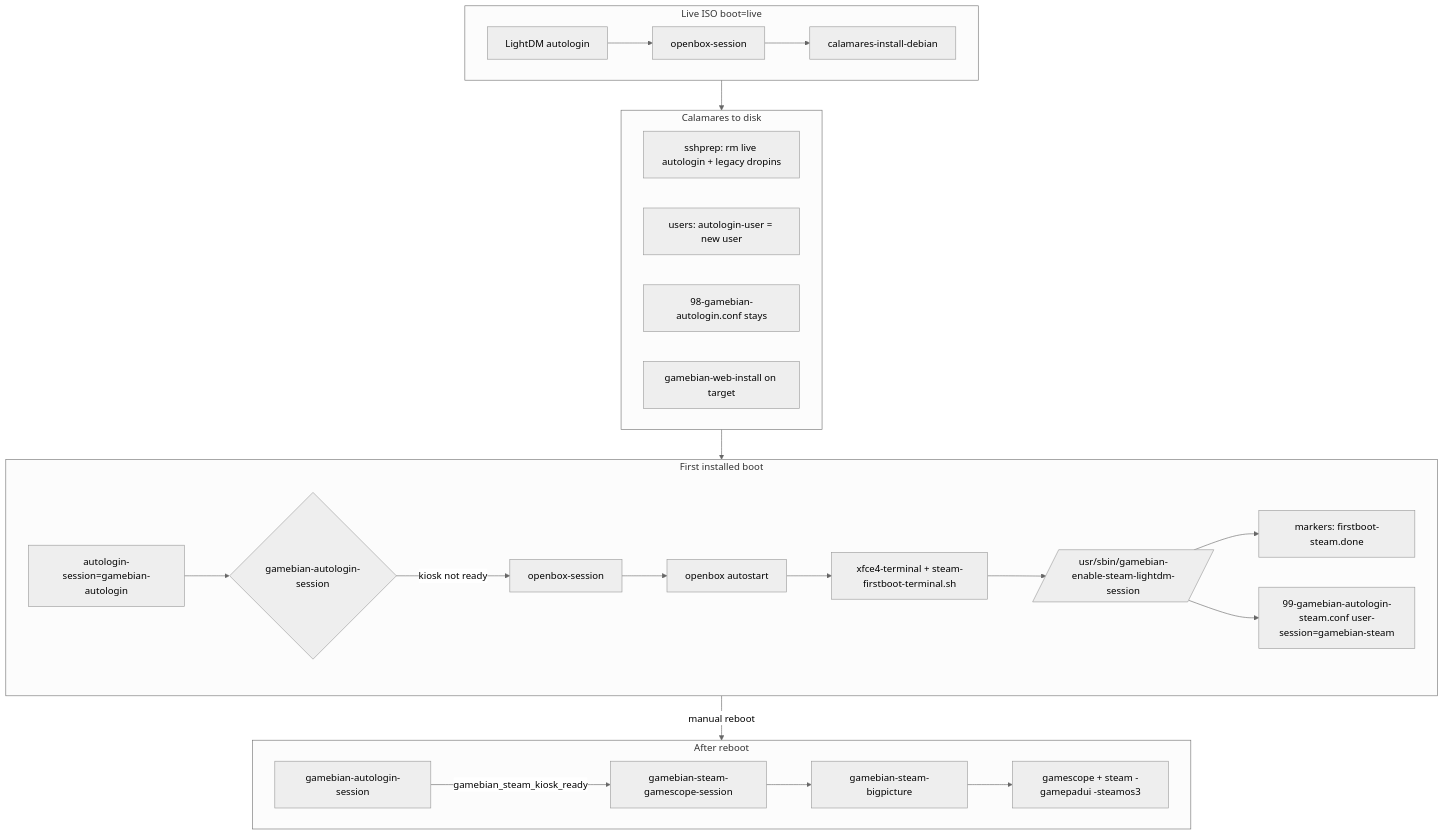
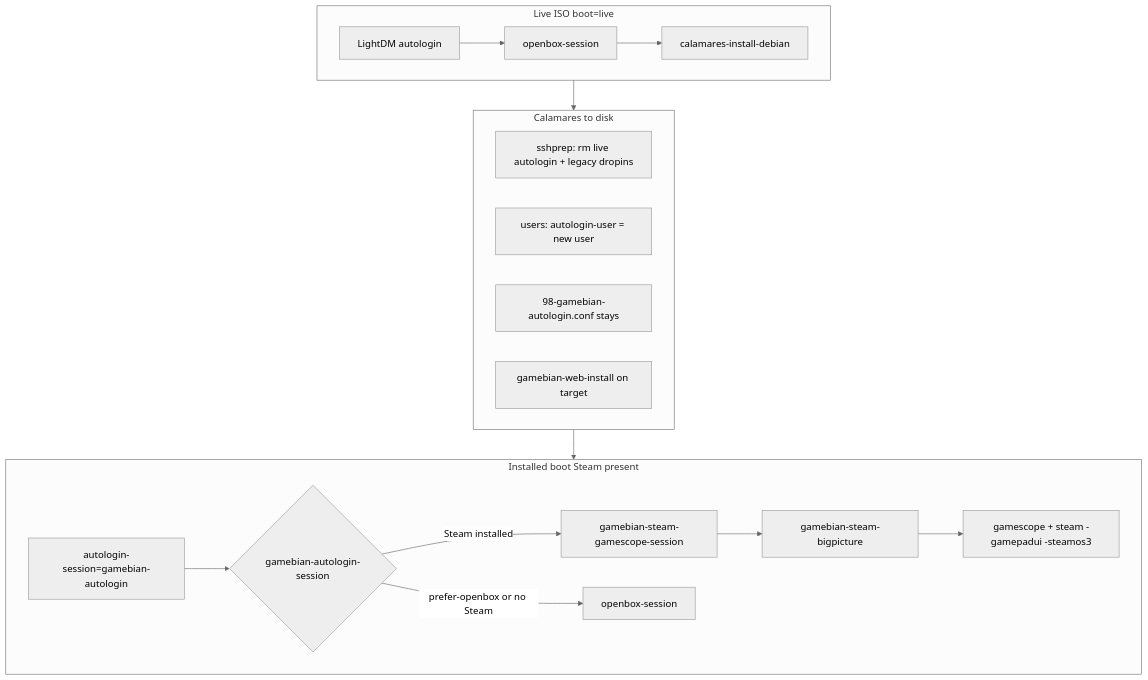
The diagram in gambian-iso/docs/STEAM-BOOT-AND-SESSIONS.md (GamebianOS/GamebianOS), drawn with Mermaid (neutral theme) before and after one commit. The commit also changed other lines of this file and 73 other files, not shown here.

````diff
--- a/gambian-iso/docs/STEAM-BOOT-AND-SESSIONS.md
+++ b/gambian-iso/docs/STEAM-BOOT-AND-SESSIONS.md
@@ -7,36 +7,26 @@
 ```mermaid
 flowchart TD
   subgraph live [Live ISO boot=live]
     LDM[LightDM autologin]
     LDM --> OB_L[openbox-session]
     OB_L --> CAL[calamares-install-debian]
   end
 
   subgraph install [Calamares to disk]
     SSH[sshprep: rm live autologin + legacy dropins]
     USR[users: autologin-user = new user]
     L98[98-gamebian-autologin.conf stays]
     WEB[gamebian-web-install on target]
   end
 
-  subgraph disk1 [First installed boot]
+  subgraph disk [Installed boot Steam present]
     AL[autologin-session=gamebian-autologin]
     AL --> DISP{gamebian-autologin-session}
-    DISP -->|kiosk not ready| OB1[openbox-session]
-    OB1 --> AS[openbox autostart]
-    AS --> TERM[xfce4-terminal + steam-firstboot-terminal.sh]
-    TERM --> EN[/usr/sbin/gamebian-enable-steam-lightdm-session/]
-    EN --> M1[markers: firstboot-steam.done]
-    EN --> M2[99-gamebian-autologin-steam.conf user-session=gamebian-steam]
+    DISP -->|Steam installed| GS[gamebian-steam-gamescope-session]
+    GS --> BP[gamebian-steam-bigpicture]
+    BP --> GSCOPE[gamescope + steam -gamepadui -steamos3]
+    DISP -->|prefer-openbox or no Steam| OB[openbox-session]
   end
 
-  subgraph disk2 [After reboot]
-    AL2[gamebian-autologin-session]
-    AL2 -->|gamebian_steam_kiosk_ready| GS[gamebian-steam-gamescope-session]
-    GS --> BP[gamebian-steam-bigpicture]
-    BP --> GSCOPE[gamescope + steam -gamepadui -steamos3]
-  end
-
-  live --> install --> disk1
-  disk1 -->|manual reboot| disk2
+  live --> install --> disk
 ```
````
